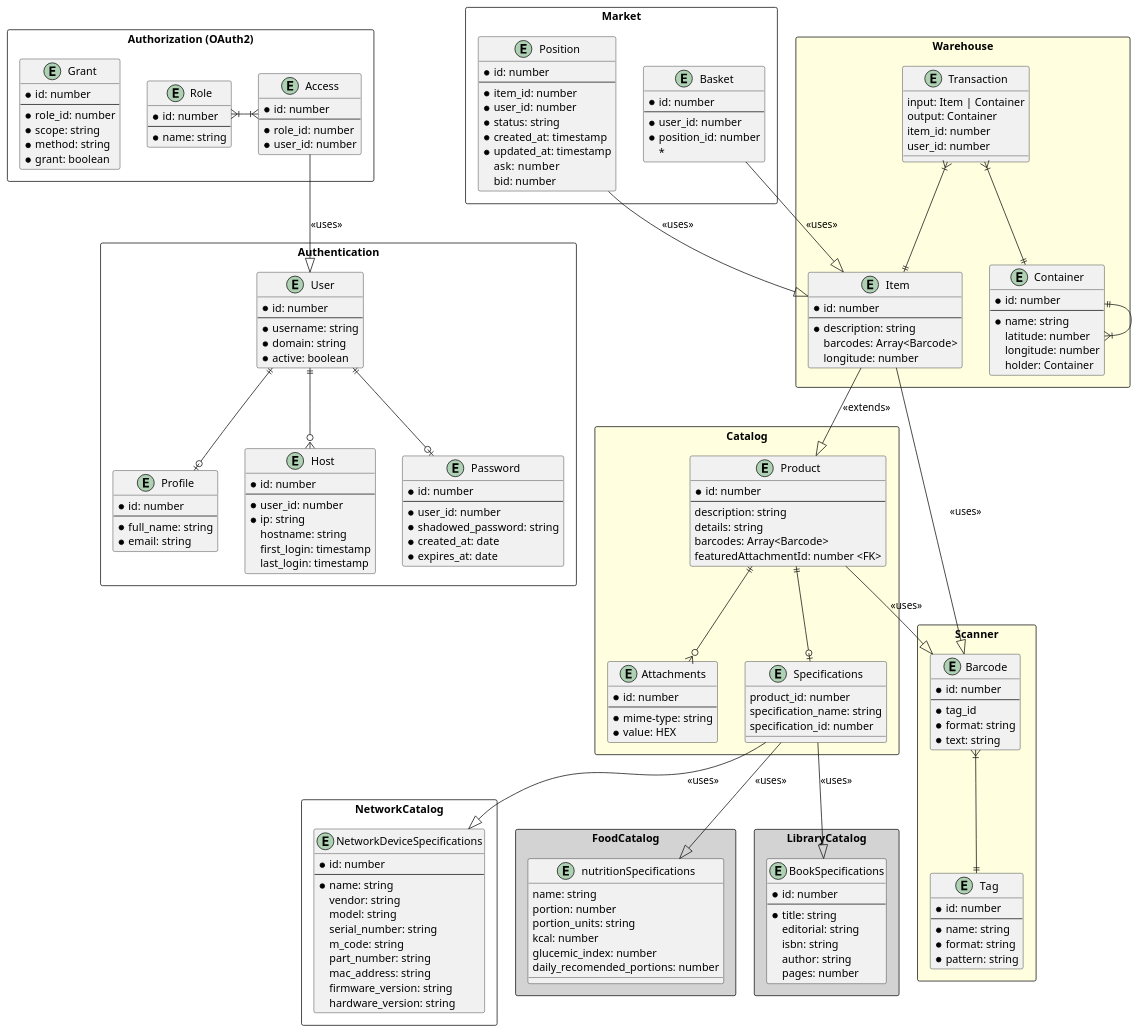
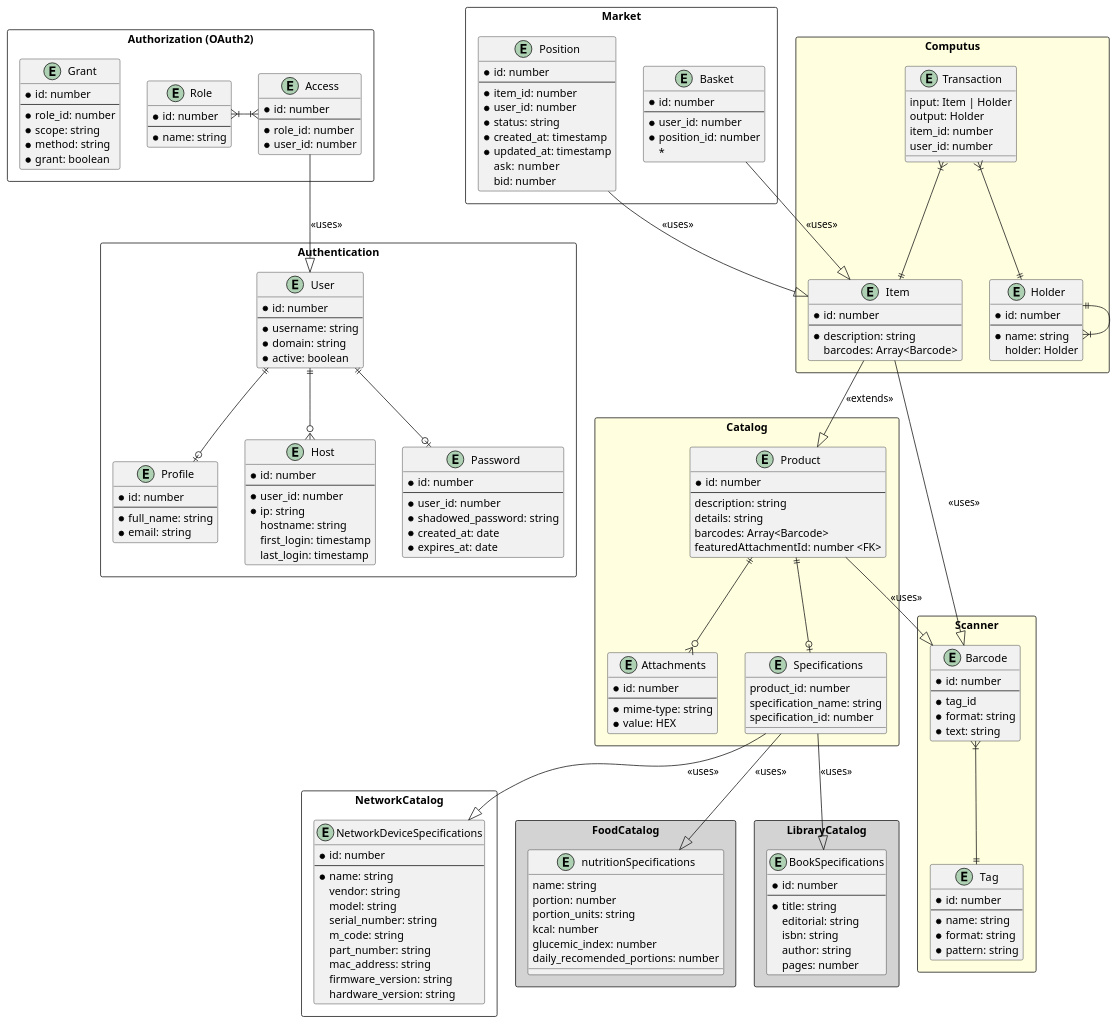
Before and after one commit to emirhg/inventarium: the diagram in dev/entities.puml, drawn with PlantUML. The commit also changed 1 other file, not shown here.

```diff
--- a/dev/entities.puml
+++ b/dev/entities.puml
@@ -159,21 +159,19 @@
     specifications --|> bookSpecifications : <<uses>>
   }
 
-  rectangle Warehouse #lightyellow{
+  rectangle Computus #lightyellow{
     entity "Transaction" as transaction {
-      input: Item | Container
-      output: Container
+      input: Item | Holder
+      output: Holder
       item_id: number
       user_id: number
     }
 
-    entity "Container" as container {
+    entity "Holder" as container {
       * id: number
       --
       * name: string
-      latitude: number
-      longitude: number
-      holder: Container
+      holder: Holder
     }
 
     container ||--|{ container
@@ -183,7 +181,6 @@
       --
       * description: string
       barcodes: Array<Barcode>
-      longitude: number
     }
 
     transaction }|--|| container
```
